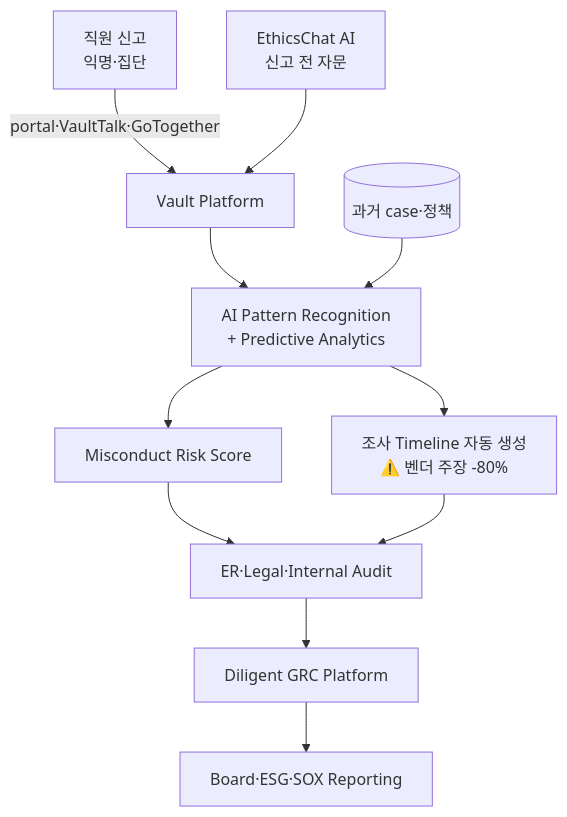
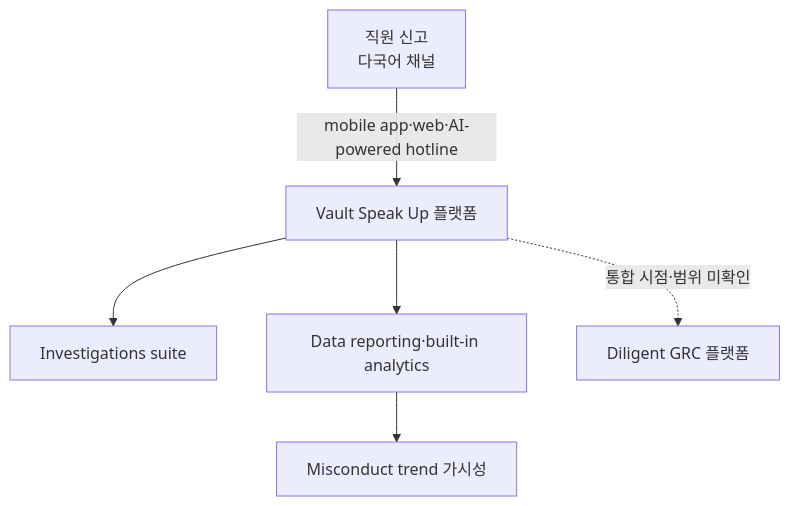
One commit to jameskim1st/hr-ai-benchmark changed the diagram in wiki/usecases/diligent-vault-active-integrity-speakup.md. Above: the diagram before and after it, drawn with Mermaid. The commit also changed other lines of this file and 222 other files, not shown here.

````diff
--- a/wiki/usecases/diligent-vault-active-integrity-speakup.md
+++ b/wiki/usecases/diligent-vault-active-integrity-speakup.md
@@ -111,13 +113,8 @@
 ```mermaid
 flowchart TB
-    Emp[직원 신고<br/>익명·집단] -->|portal·VaultTalk·GoTogether| Vault[Vault Platform]
-    EthicsChat[EthicsChat AI<br/>신고 전 자문] --> Vault
-    Vault --> AI[AI Pattern Recognition<br/>+ Predictive Analytics]
-    History[(과거 case·정책)] --> AI
-    AI --> Score[Misconduct Risk Score]
-    AI --> Timeline[조사 Timeline 자동 생성<br/>⚠️ 벤더 주장 -80%]
-    Score --> ER[ER·Legal·Internal Audit]
-    Timeline --> ER
-    ER --> Diligent[Diligent GRC Platform]
-    Diligent --> Board[Board·ESG·SOX Reporting]
+    Emp[직원 신고<br/>다국어 채널] -->|mobile app·web·AI-powered hotline| Vault[Vault Speak Up 플랫폼]
+    Vault --> Inv[Investigations suite]
+    Vault --> Rep[Data reporting·built-in analytics]
+    Rep --> Trend[Misconduct trend 가시성]
+    Vault -.->|통합 시점·범위 미확인| Diligent[Diligent GRC 플랫폼]
 ```
````
